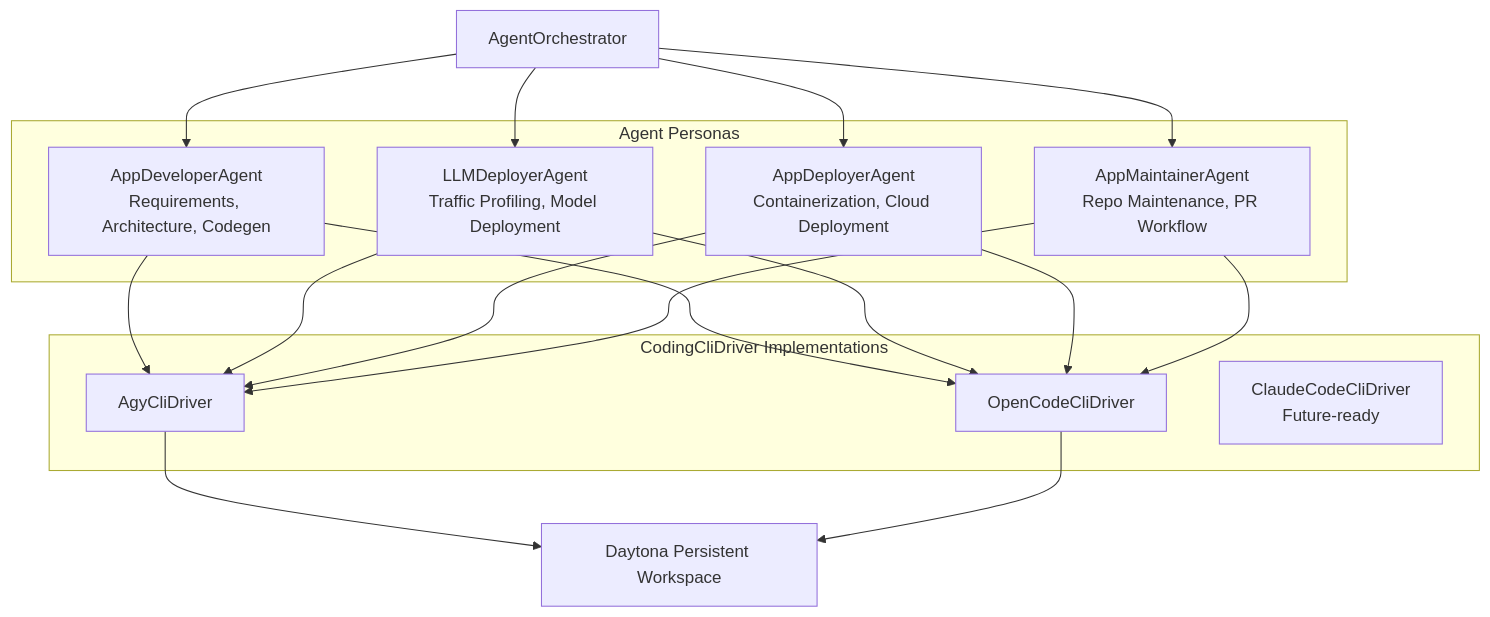
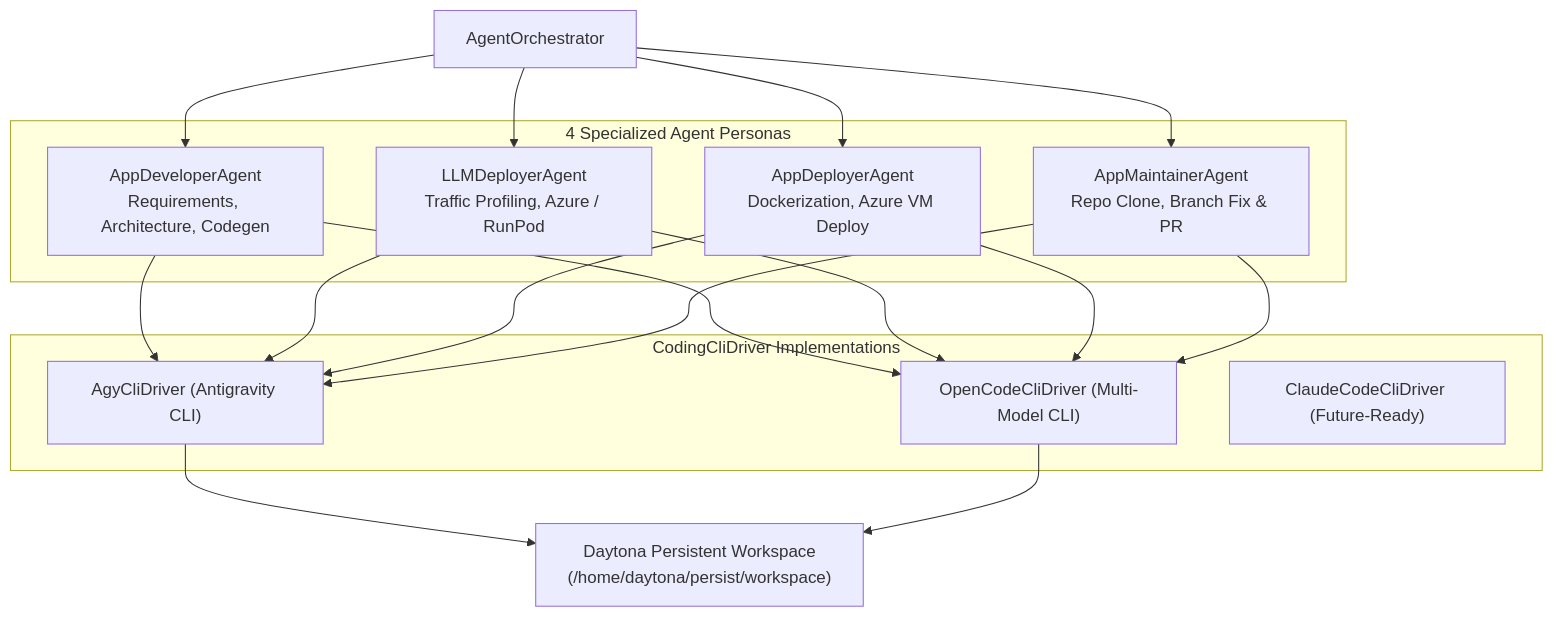
Before and after one commit to aksri648/antigravity-ui: the third of 4 diagrams in system_design.md, drawn with Mermaid. The commit also changed other lines of this file and 4 other files, not shown here.

Commit message:
feat: replace all static raster images with live Mermaid.js vector diagrams across landing page, showcase, and system design docs

````diff
--- a/system_design.md
+++ b/system_design.md
@@ -149,36 +173,36 @@
 ```mermaid
 flowchart TD
-    Orchestrator[AgentOrchestrator]
+    Orchestrator["AgentOrchestrator"]
 
-    subgraph Agents["Agent Personas"]
-        AppDev[AppDeveloperAgent<br/>Requirements, Architecture, Codegen]
-        LLMDep[LLMDeployerAgent<br/>Traffic Profiling, Model Deployment]
-        AppDep[AppDeployerAgent<br/>Containerization, Cloud Deployment]
-        AppMaint[AppMaintainerAgent<br/>Repo Maintenance, PR Workflow]
+    subgraph Agents["4 Specialized Agent Personas"]
+        AppDev["AppDeveloperAgent<br/>Requirements, Architecture, Codegen"]
+        LLMDep["LLMDeployerAgent<br/>Traffic Profiling, Azure / RunPod"]
+        AppDep["AppDeployerAgent<br/>Dockerization, Azure VM Deploy"]
+        AppMaint["AppMaintainerAgent<br/>Repo Clone, Branch Fix & PR"]
     end
 
     subgraph Drivers["CodingCliDriver Implementations"]
-        Agy[AgyCliDriver]
-        OpenCode[OpenCodeCliDriver]
-        Claude[ClaudeCodeCliDriver<br/>Future-ready]
+        Agy["AgyCliDriver (Antigravity CLI)"]
+        OpenCode["OpenCodeCliDriver (Multi-Model CLI)"]
+        Claude["ClaudeCodeCliDriver (Future-Ready)"]
     end
 
-    Workspace[Daytona Persistent Workspace]
+    Workspace["Daytona Persistent Workspace<br/>(/home/daytona/persist/workspace)"]
 
     Orchestrator --> AppDev
     Orchestrator --> LLMDep
     Orchestrator --> AppDep
     Orchestrator --> AppMaint
 
     AppDev --> Agy
     AppDev --> OpenCode
     LLMDep --> Agy
     LLMDep --> OpenCode
     AppDep --> Agy
     AppDep --> OpenCode
     AppMaint --> Agy
     AppMaint --> OpenCode
 
     Agy --> Workspace
     OpenCode --> Workspace
 ```
````
